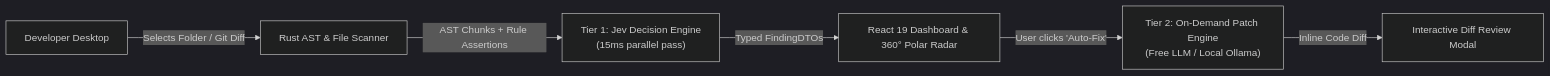
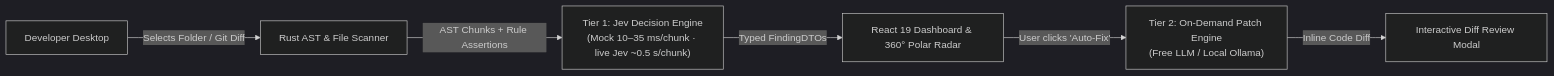
One commit to mahmoudfarahat2647/coderadar changed the diagram in coderadar-specs/00-EXECUTIVE-SUMMARY.md. Above: the diagram before and after it, drawn with Mermaid (dark theme). The commit also changed other lines of this file and 8 other files, not shown here.

````diff
--- a/coderadar-specs/00-EXECUTIVE-SUMMARY.md
+++ b/coderadar-specs/00-EXECUTIVE-SUMMARY.md
@@ -36,8 +36,8 @@
 ```mermaid
 flowchart LR
     Dev["Developer Desktop"] -->|Selects Folder / Git Diff| Scanner["Rust AST & File Scanner"]
-    Scanner -->|AST Chunks + Rule Assertions| Jev["Tier 1: Jev Decision Engine\n(15ms parallel pass)"]
+    Scanner -->|AST Chunks + Rule Assertions| Jev["Tier 1: Jev Decision Engine\n(Mock 10–35 ms/chunk · live Jev ~0.5 s/chunk)"]
     Jev -->|Typed FindingDTOs| UI["React 19 Dashboard & 360° Polar Radar"]
     UI -->|User clicks 'Auto-Fix'| Fixer["Tier 2: On-Demand Patch Engine\n(Free LLM / Local Ollama)"]
     Fixer -->|Inline Code Diff| Modal["Interactive Diff Review Modal"]
 ```
````
